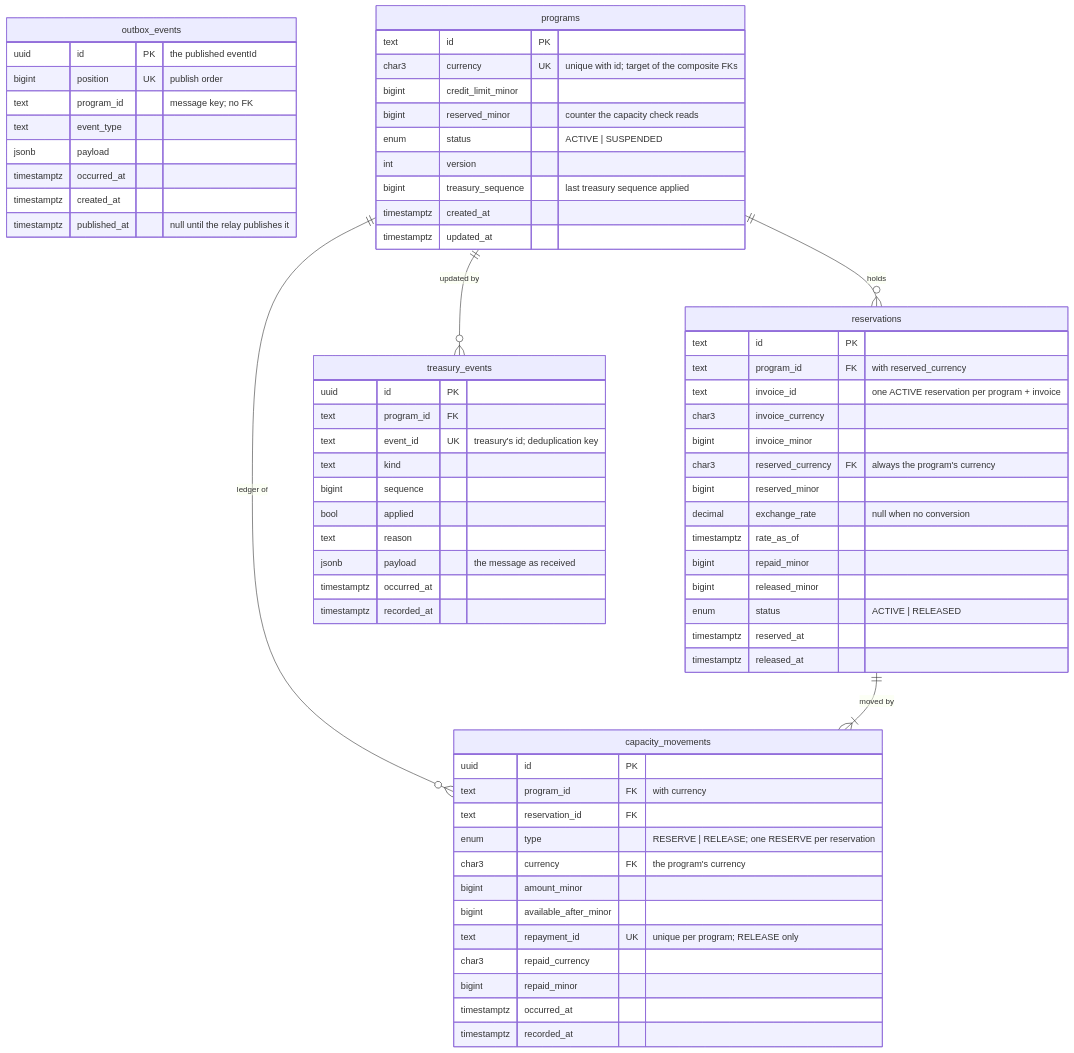
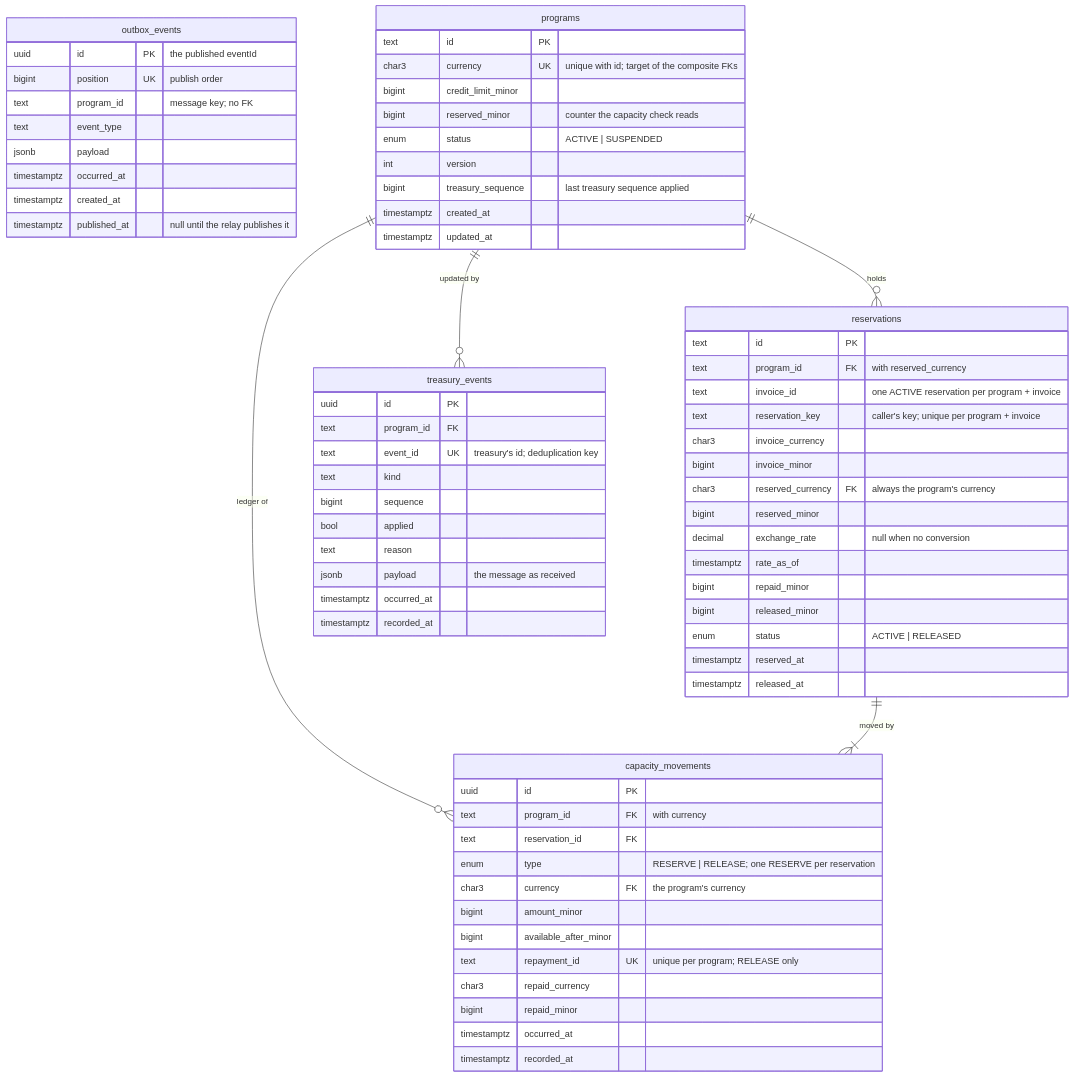
The diagram in docs/architecture.md (mikitavostry/Program-Capacity-Invoice-Reservation), drawn with Mermaid before and after one commit. The commit also changed other lines of this file and 37 other files, not shown here.

````diff
--- a/docs/architecture.md
+++ b/docs/architecture.md
@@ -248,72 +260,73 @@
 ```mermaid
 erDiagram
     outbox_events {
         uuid id PK "the published eventId"
         bigint position UK "publish order"
         text program_id "message key; no FK"
         text event_type
         jsonb payload
         timestamptz occurred_at
         timestamptz created_at
         timestamptz published_at "null until the relay publishes it"
     }
 
     programs ||--o{ reservations : "holds"
     programs ||--o{ capacity_movements : "ledger of"
     programs ||--o{ treasury_events : "updated by"
     reservations ||--|{ capacity_movements : "moved by"
 
     programs {
         text id PK
         char3 currency UK "unique with id; target of the composite FKs"
         bigint credit_limit_minor
         bigint reserved_minor "counter the capacity check reads"
         enum status "ACTIVE | SUSPENDED"
         int version
         bigint treasury_sequence "last treasury sequence applied"
         timestamptz created_at
         timestamptz updated_at
     }
     reservations {
         text id PK
         text program_id FK "with reserved_currency"
         text invoice_id "one ACTIVE reservation per program + invoice"
+        text reservation_key "caller's key; unique per program + invoice"
         char3 invoice_currency
         bigint invoice_minor
         char3 reserved_currency FK "always the program's currency"
         bigint reserved_minor
         decimal exchange_rate "null when no conversion"
         timestamptz rate_as_of
         bigint repaid_minor
         bigint released_minor
         enum status "ACTIVE | RELEASED"
         timestamptz reserved_at
         timestamptz released_at
     }
     capacity_movements {
         uuid id PK
         text program_id FK "with currency"
         text reservation_id FK
         enum type "RESERVE | RELEASE; one RESERVE per reservation"
         char3 currency FK "the program's currency"
         bigint amount_minor
         bigint available_after_minor
         text repayment_id UK "unique per program; RELEASE only"
         char3 repaid_currency
         bigint repaid_minor
         timestamptz occurred_at
         timestamptz recorded_at
     }
     treasury_events {
         uuid id PK
         text program_id FK
         text event_id UK "treasury's id; deduplication key"
         text kind
         bigint sequence
         bool applied
         text reason
         jsonb payload "the message as received"
         timestamptz occurred_at
         timestamptz recorded_at
     }
 ```
````
